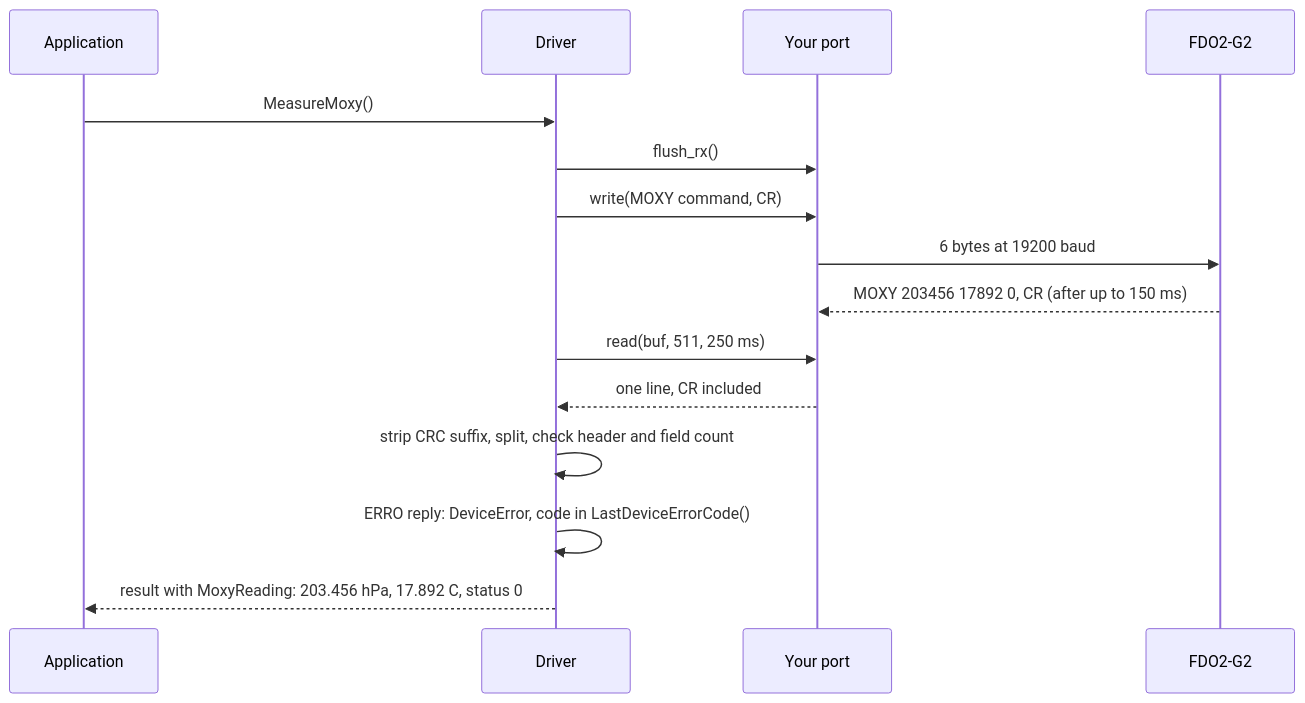
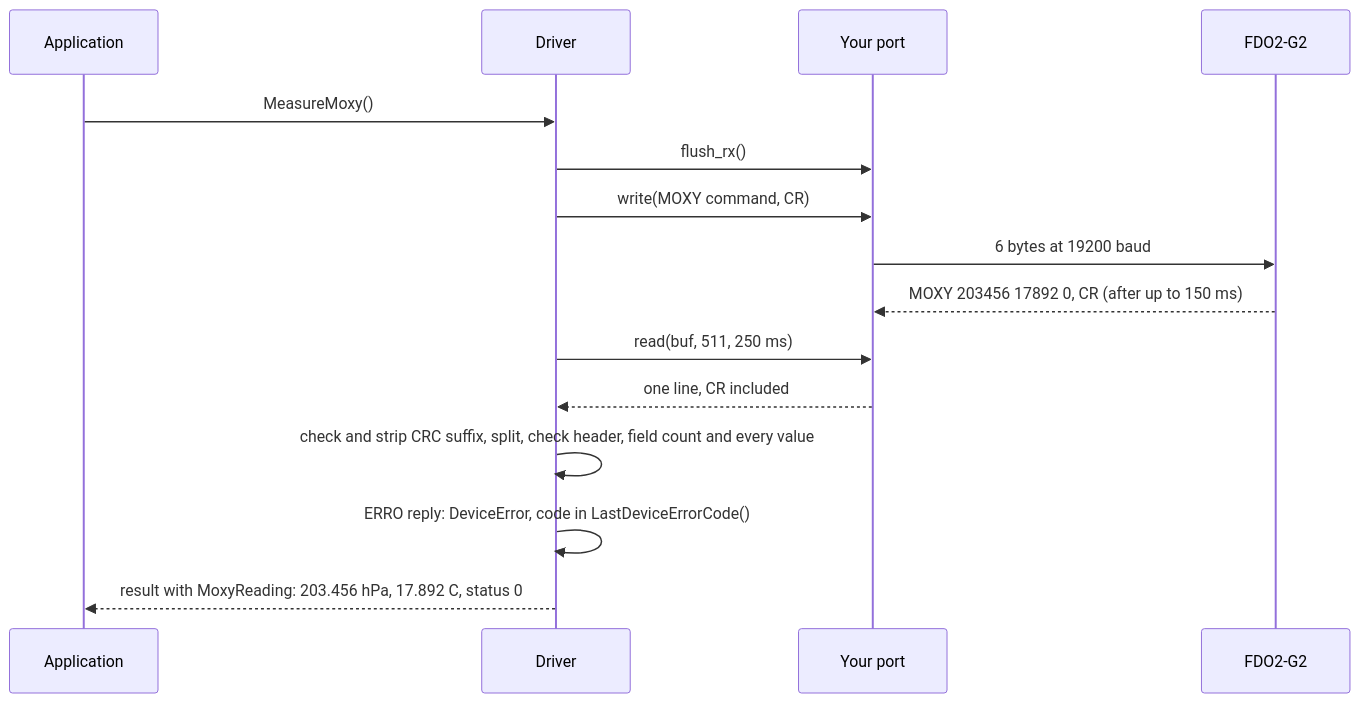
One commit to hardfoc/hf-fdo2-driver changed the diagram in docs/architecture.md. Above: the diagram before and after it, drawn with Mermaid. The commit also changed 20 other files, not shown here.

First line of the commit message:
Datasheet conformance: CRC check, reply validation, ESP32 port timing, #LOGO timeout (#5)

````diff
--- a/docs/architecture.md
+++ b/docs/architecture.md
@@ -28,17 +28,17 @@
 ```mermaid
 sequenceDiagram
     participant A as Application
     participant D as Driver
     participant P as Your port
     participant S as FDO2-G2
     A->>D: MeasureMoxy()
     D->>P: flush_rx()
     D->>P: write(MOXY command, CR)
     P->>S: 6 bytes at 19200 baud
     S-->>P: MOXY 203456 17892 0, CR (after up to 150 ms)
     D->>P: read(buf, 511, 250 ms)
     P-->>D: one line, CR included
-    D->>D: strip CRC suffix, split, check header and field count
+    D->>D: check and strip CRC suffix, split, check header, field count and every value
     D->>D: ERRO reply: DeviceError, code in LastDeviceErrorCode()
     D-->>A: result with MoxyReading: 203.456 hPa, 17.892 C, status 0
 ```
````
